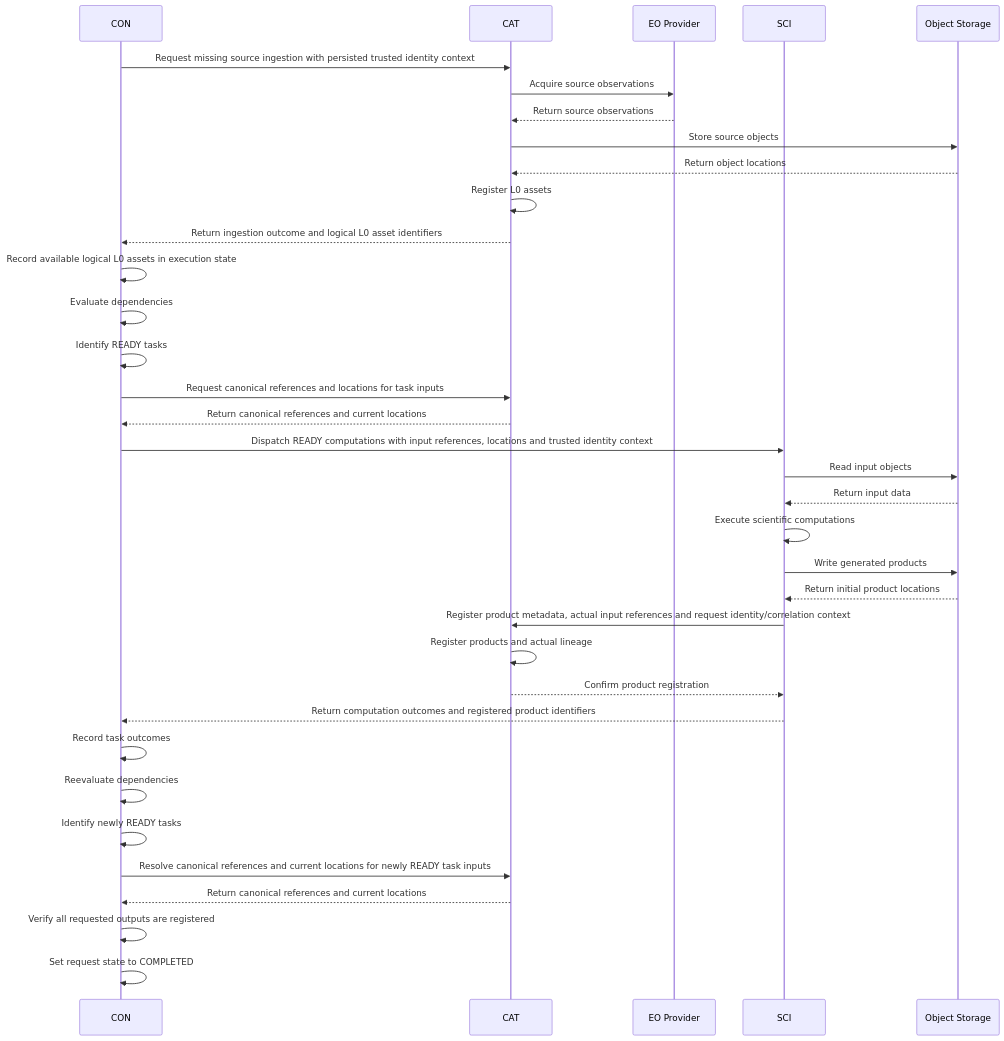
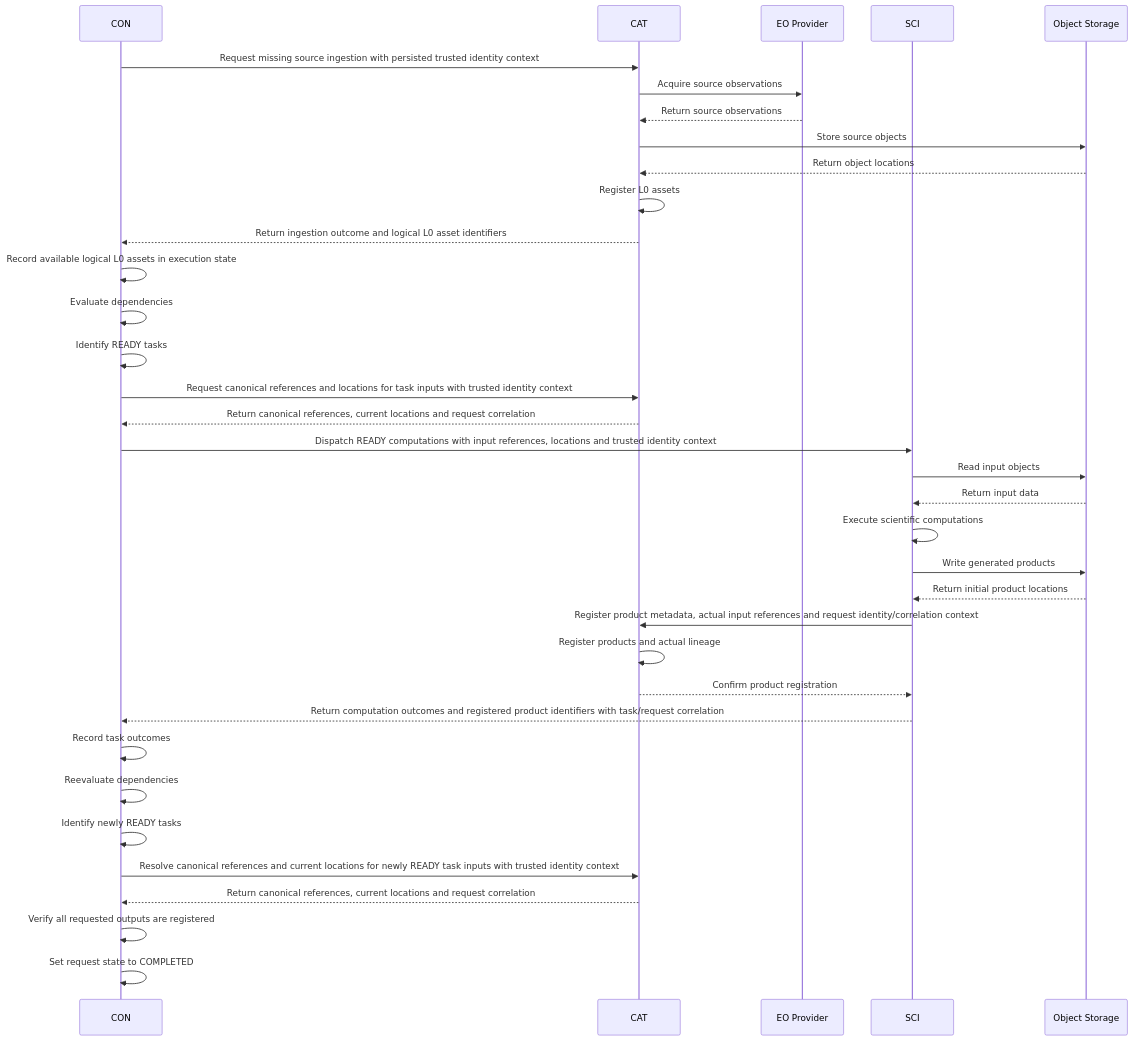
The diagram in documentation/architecture/sequence_diagrams/execute-analysis.md (arnaudsomville/MEOGAP), drawn with Mermaid before and after one commit.

Commit message:
docs: propagate identity context to all execution inputs

````diff
--- a/documentation/architecture/sequence_diagrams/execute-analysis.md
+++ b/documentation/architecture/sequence_diagrams/execute-analysis.md
@@ -15,41 +15,41 @@
 ```mermaid
 sequenceDiagram
     participant CON
     participant CAT
     participant EO as EO Provider
     participant SCI
     participant S3 as Object Storage
 
     CON->>CAT: Request missing source ingestion with persisted trusted identity context
     CAT->>EO: Acquire source observations
     EO-->>CAT: Return source observations
     CAT->>S3: Store source objects
     S3-->>CAT: Return object locations
     CAT->>CAT: Register L0 assets
     CAT-->>CON: Return ingestion outcome and logical L0 asset identifiers
 
     CON->>CON: Record available logical L0 assets in execution state
     CON->>CON: Evaluate dependencies
     CON->>CON: Identify READY tasks
-    CON->>CAT: Request canonical references and locations for task inputs
-    CAT-->>CON: Return canonical references and current locations
+    CON->>CAT: Request canonical references and locations for task inputs with trusted identity context
+    CAT-->>CON: Return canonical references, current locations and request correlation
     CON->>SCI: Dispatch READY computations with input references, locations and trusted identity context
 
     SCI->>S3: Read input objects
     S3-->>SCI: Return input data
     SCI->>SCI: Execute scientific computations
     SCI->>S3: Write generated products
     S3-->>SCI: Return initial product locations
     SCI->>CAT: Register product metadata, actual input references and request identity/correlation context
     CAT->>CAT: Register products and actual lineage
     CAT-->>SCI: Confirm product registration
-    SCI-->>CON: Return computation outcomes and registered product identifiers
+    SCI-->>CON: Return computation outcomes and registered product identifiers with task/request correlation
     CON->>CON: Record task outcomes
     CON->>CON: Reevaluate dependencies
     CON->>CON: Identify newly READY tasks
-    CON->>CAT: Resolve canonical references and current locations for newly READY task inputs
-    CAT-->>CON: Return canonical references and current locations
+    CON->>CAT: Resolve canonical references and current locations for newly READY task inputs with trusted identity context
+    CAT-->>CON: Return canonical references, current locations and request correlation
 
     CON->>CON: Verify all requested outputs are registered
     CON->>CON: Set request state to COMPLETED
 ```
````
